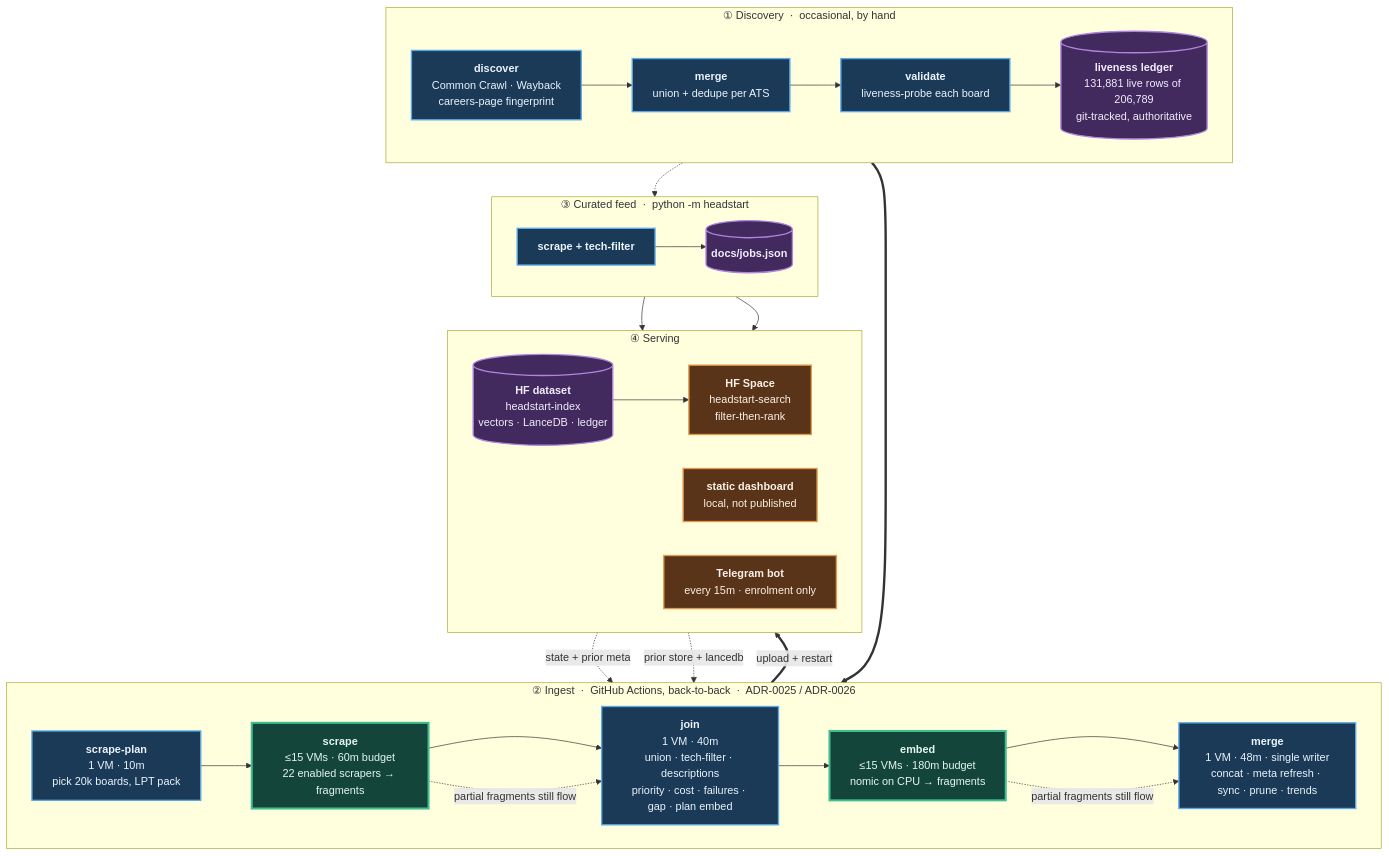
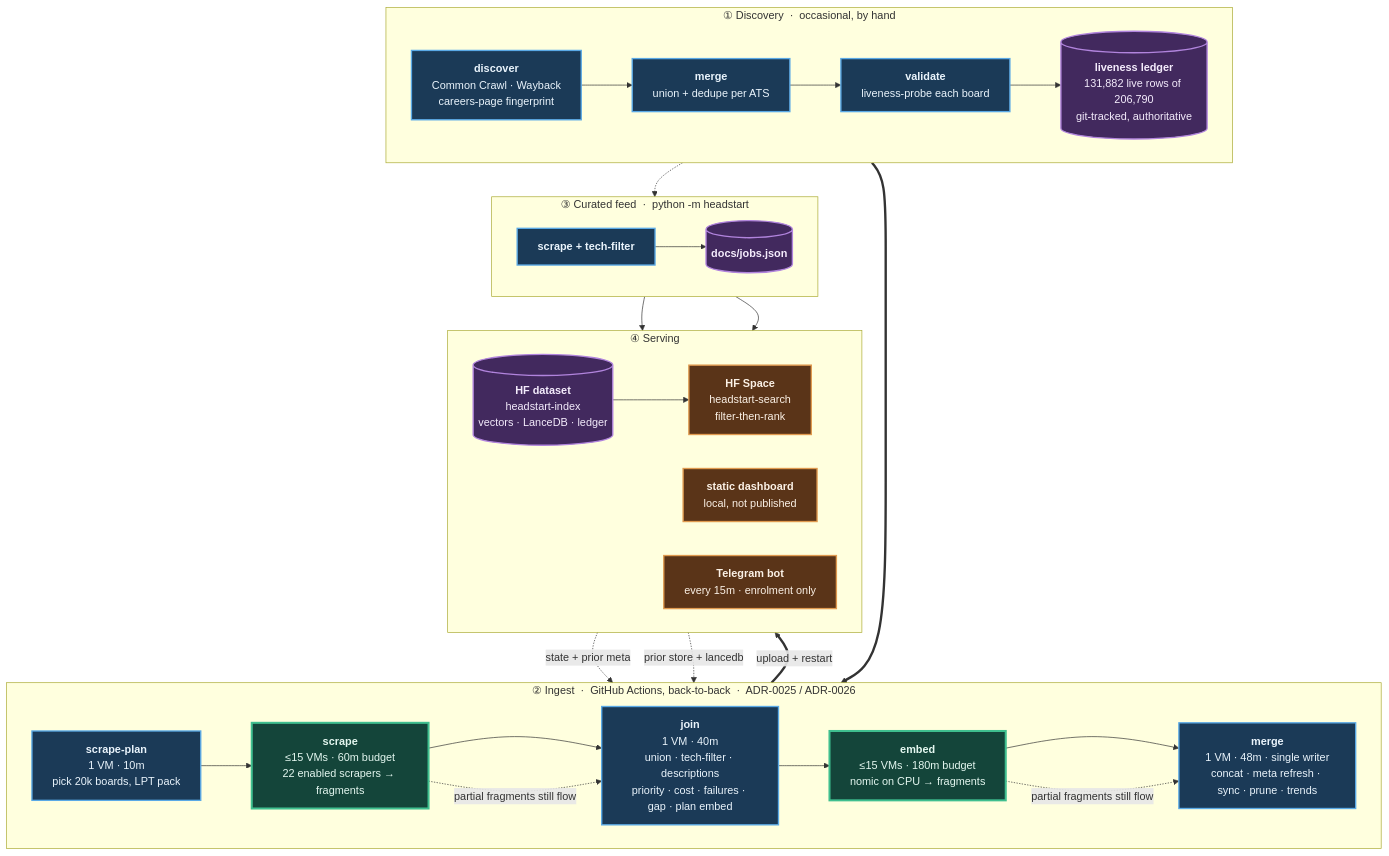
The diagram in README.md (sarthakjain004/headstart), drawn with Mermaid before and after one commit. The commit also changed other lines of this file and 9 other files, not shown here.

````diff
--- a/README.md
+++ b/README.md
@@ -84,56 +84,56 @@
 ```mermaid
 flowchart TB
     subgraph D["① Discovery &nbsp;·&nbsp; occasional, by hand"]
         direction LR
         D1["<b>discover</b><br/>Common Crawl · Wayback<br/>careers-page fingerprint"]
         D2["<b>merge</b><br/>union + dedupe per ATS"]
         D3["<b>validate</b><br/>liveness-probe each board"]
-        D4[("<b>liveness ledger</b><br/>131,881 live rows of 206,789<br/>git-tracked, authoritative")]
+        D4[("<b>liveness ledger</b><br/>131,882 live rows of 206,790<br/>git-tracked, authoritative")]
         D1 --> D2 --> D3 --> D4
     end
 
     subgraph P["② Ingest &nbsp;·&nbsp; GitHub Actions, back-to-back &nbsp;·&nbsp; ADR-0025 / ADR-0026"]
         direction LR
         P1["<b>scrape-plan</b><br/>1 VM · 10m<br/>pick 20k boards, LPT pack"]
         P2["<b>scrape</b><br/>≤15 VMs · 60m budget<br/>22 enabled scrapers → fragments"]
         P3["<b>join</b><br/>1 VM · 40m<br/>union · tech-filter · descriptions<br/>priority · cost · failures · gap · plan embed"]
         P4["<b>embed</b><br/>≤15 VMs · 180m budget<br/>nomic on CPU → fragments"]
         P5["<b>merge</b><br/>1 VM · 48m · single writer<br/>concat · meta refresh · sync · prune · trends"]
         P1 --> P2 --> P3 --> P4 --> P5
     end
 
     subgraph F["③ Curated feed &nbsp;·&nbsp; python -m headstart"]
         direction LR
         F1["<b>scrape + tech-filter</b>"]
         F2[("<b>docs/jobs.json</b>")]
         F1 --> F2
     end
 
     subgraph S["④ Serving"]
         direction LR
         S1[("<b>HF dataset</b><br/>headstart-index<br/>vectors · LanceDB · ledger")]
         S2["<b>HF Space</b><br/>headstart-search<br/>filter-then-rank"]
         S3["<b>static dashboard</b><br/>local, not published"]
         S4["<b>Telegram bot</b><br/>every 15m · enrolment only"]
         S1 --> S2
     end
 
     D4 ==> P1
     S1 -. "state + prior meta" .-> P1
     S1 -. "prior store + lancedb" .-> P5
     D4 -.-> F1
     P5 ==>|"upload + restart"| S1
     F2 --> S3
     F2 --> S4
     P2 -. "partial fragments still flow" .-> P3
     P4 -. "partial fragments still flow" .-> P5
 
     classDef serial fill:#1b3a57,stroke:#5aa9e6,stroke-width:2px,color:#eaf4fc
     classDef fan fill:#14453a,stroke:#3fbf8f,stroke-width:3px,color:#e4f7f0
     classDef store fill:#42295e,stroke:#b184dd,stroke-width:2px,color:#f4ecfc
     classDef serve fill:#5a3418,stroke:#e09a4f,stroke-width:2px,color:#fbf1e6
     class D1,D2,D3,P1,P3,P5,F1 serial
     class P2,P4 fan
     class D4,F2,S1 store
     class S2,S3,S4 serve
 ```
````
